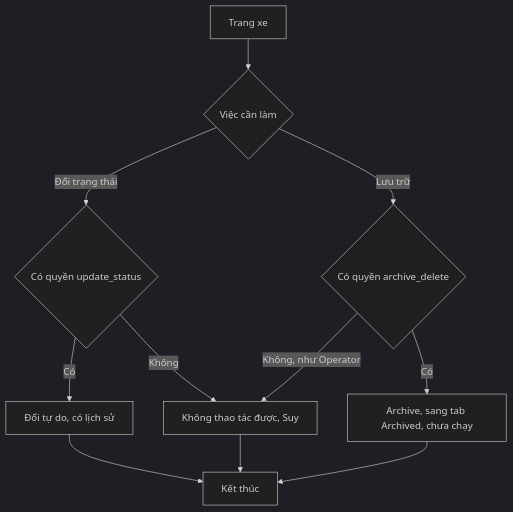
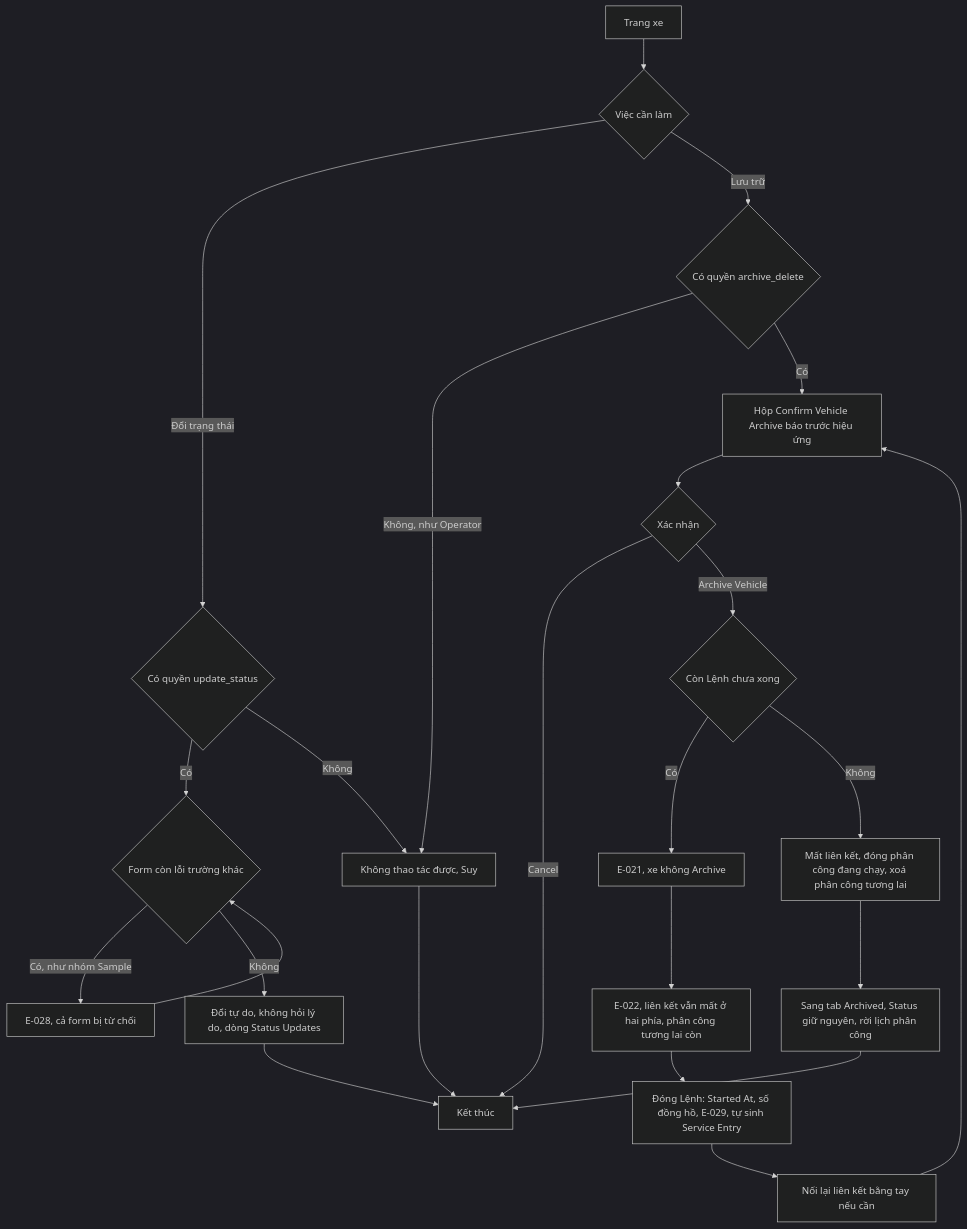
Before and after one commit to szitphan/invlogis: the ninth of 16 diagrams in docs/_research/fleetio/srs/fleetio-vehicle-flows.md, drawn with Mermaid (dark theme). The commit also changed other lines of this file and 113 other files, not shown here.

First line of the commit message:
research: Fleetio lượt 3, 4, chạy nốt function list, bổ sung brainstorm và SRS 7 nhóm

````diff
--- a/docs/_research/fleetio/srs/fleetio-vehicle-flows.md
+++ b/docs/_research/fleetio/srs/fleetio-vehicle-flows.md
@@ -187,13 +203,26 @@
 ```mermaid
 flowchart TD
     A["Trang xe"] --> B{"Việc cần làm"}
     B -->|"Đổi trạng thái"| C{"Có quyền update_status"}
-    C -->|"Có"| D["Đổi tự do, có lịch sử"]
+    C -->|"Có"| C2{"Form còn lỗi trường khác"}
+    C2 -->|"Có, như nhóm Sample"| E28["E-028, cả form bị từ chối"]
+    E28 --> C2
+    C2 -->|"Không"| D["Đổi tự do, không hỏi lý do, dòng Status Updates"]
     C -->|"Không"| E["Không thao tác được, Suy"]
     B -->|"Lưu trữ"| F{"Có quyền archive_delete"}
-    F -->|"Có"| G["Archive, sang tab Archived, chưa chạy"]
     F -->|"Không, như Operator"| E
-    D --> H["Kết thúc"]
+    F -->|"Có"| F2["Hộp Confirm Vehicle Archive báo trước hiệu ứng"]
+    F2 --> F3{"Xác nhận"}
+    F3 -->|"Cancel"| H["Kết thúc"]
+    F3 -->|"Archive Vehicle"| G{"Còn Lệnh chưa xong"}
+    G -->|"Có"| E21["E-021, xe không Archive"]
+    E21 --> E22["E-022, liên kết vẫn mất ở hai phía, phân công tương lai còn"]
+    E22 --> W["Đóng Lệnh: Started At, số đồng hồ, E-029, tự sinh Service Entry"]
+    W --> N["Nối lại liên kết bằng tay nếu cần"]
+    N --> F2
+    G -->|"Không"| K["Mất liên kết, đóng phân công đang chạy, xoá phân công tương lai"]
+    K --> L["Sang tab Archived, Status giữ nguyên, rời lịch phân công"]
+    D --> H
     E --> H
-    G --> H
+    L --> H
 ```
````
